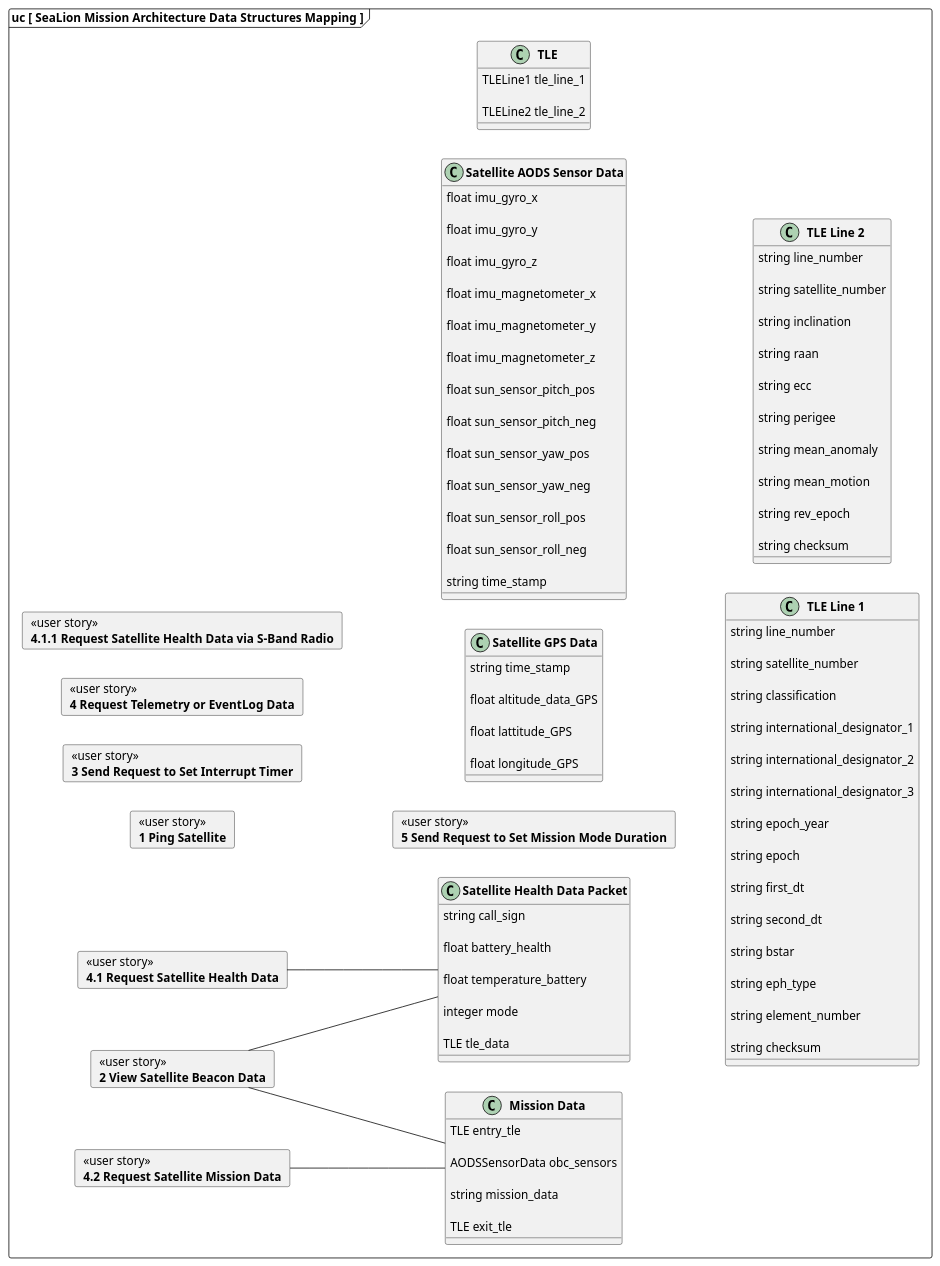
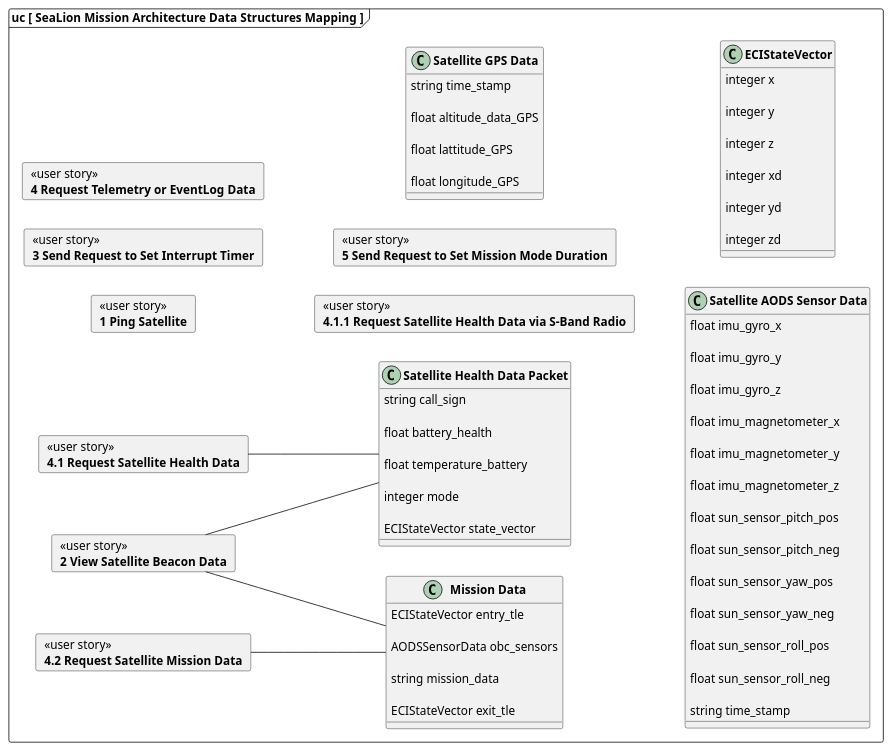
The diagram in data-structures-mapping.puml (ODU-CGA-CubeSat/sealion-mission-architecture), drawn with PlantUML before and after one commit. The commit also changed 21 other files, not shown here.

```diff
--- a/data-structures-mapping.puml
+++ b/data-structures-mapping.puml
@@ -61,7 +61,7 @@
             
                 integer mode
             
-                TLE tle_data
+                ECIStateVector state_vector
             
         }
 
@@ -127,97 +127,33 @@
             
         
     
-        class "<b>TLE</b>" as dstle {
+        class "<b>ECIStateVector</b>" as dsecistatevector {
             
-                TLELine1 tle_line_1
+                integer x
             
-                TLELine2 tle_line_2
+                integer y
+            
+                integer z
+            
+                integer xd
+            
+                integer yd
+            
+                integer zd
             
         }
 
         
-            
-                
-            
-        
-    
-        class "<b>TLE Line 1</b>" as dstle_line_1 {
-            
-                string line_number
-            
-                string satellite_number
-            
-                string classification
-            
-                string international_designator_1
-            
-                string international_designator_2
-            
-                string international_designator_3
-            
-                string epoch_year
-            
-                string epoch
-            
-                string first_dt
-            
-                string second_dt
-            
-                string bstar
-            
-                string eph_type
-            
-                string element_number
-            
-                string checksum
-            
-        }
-
-        
-            
-                
-            
-        
-    
-        class "<b>TLE Line 2</b>" as dstle_line_2 {
-            
-                string line_number
-            
-                string satellite_number
-            
-                string inclination
-            
-                string raan
-            
-                string ecc
-            
-                string perigee
-            
-                string mean_anomaly
-            
-                string mean_motion
-            
-                string rev_epoch
-            
-                string checksum
-            
-        }
-
-        
-            
-                
-            
-        
     
         class "<b>Mission Data</b>" as dsmission_data {
             
-                TLE entry_tle
+                ECIStateVector entry_tle
             
                 AODSSensorData obc_sensors
             
                 string mission_data
             
-                TLE exit_tle
+                ECIStateVector exit_tle
             
         }
 
```
